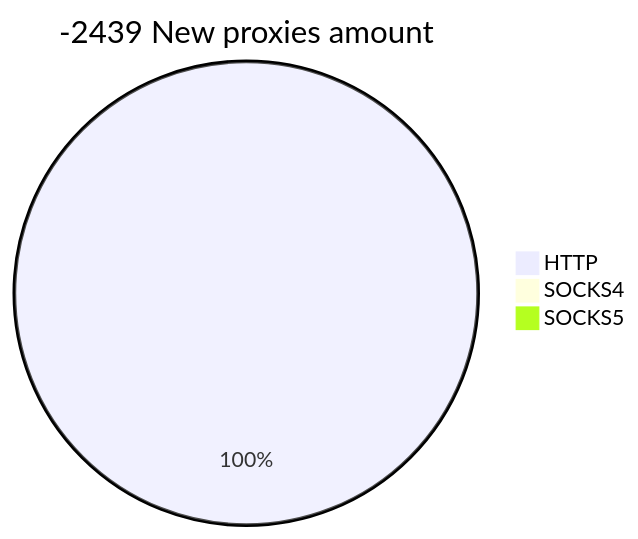
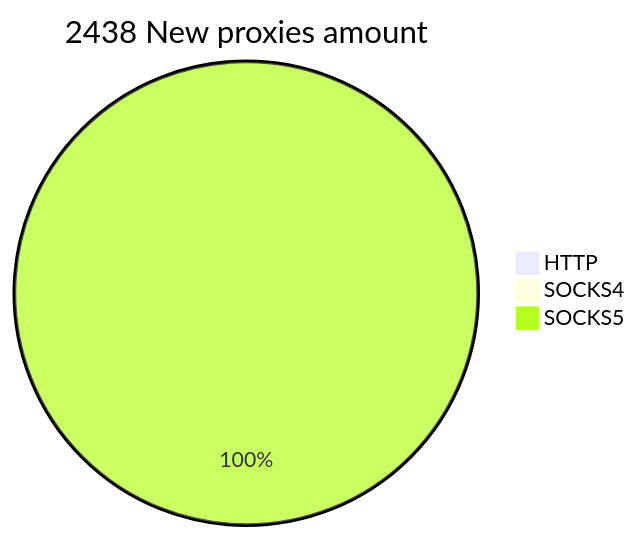
The second of 2 diagrams in README.md (cutipu/proxylist), drawn with Mermaid before and after one commit. The commit also changed other lines of this file, not shown here.

````diff
--- a/README.md
+++ b/README.md
@@ -10,6 +10,6 @@
 ```mermaid
-pie title -2439 New proxies amount
-    "HTTP" : 1
+pie title 2438 New proxies amount
+    "HTTP" : 0
     "SOCKS4" : 0
-    "SOCKS5" : 0
+    "SOCKS5" : 2438
 ```
````
